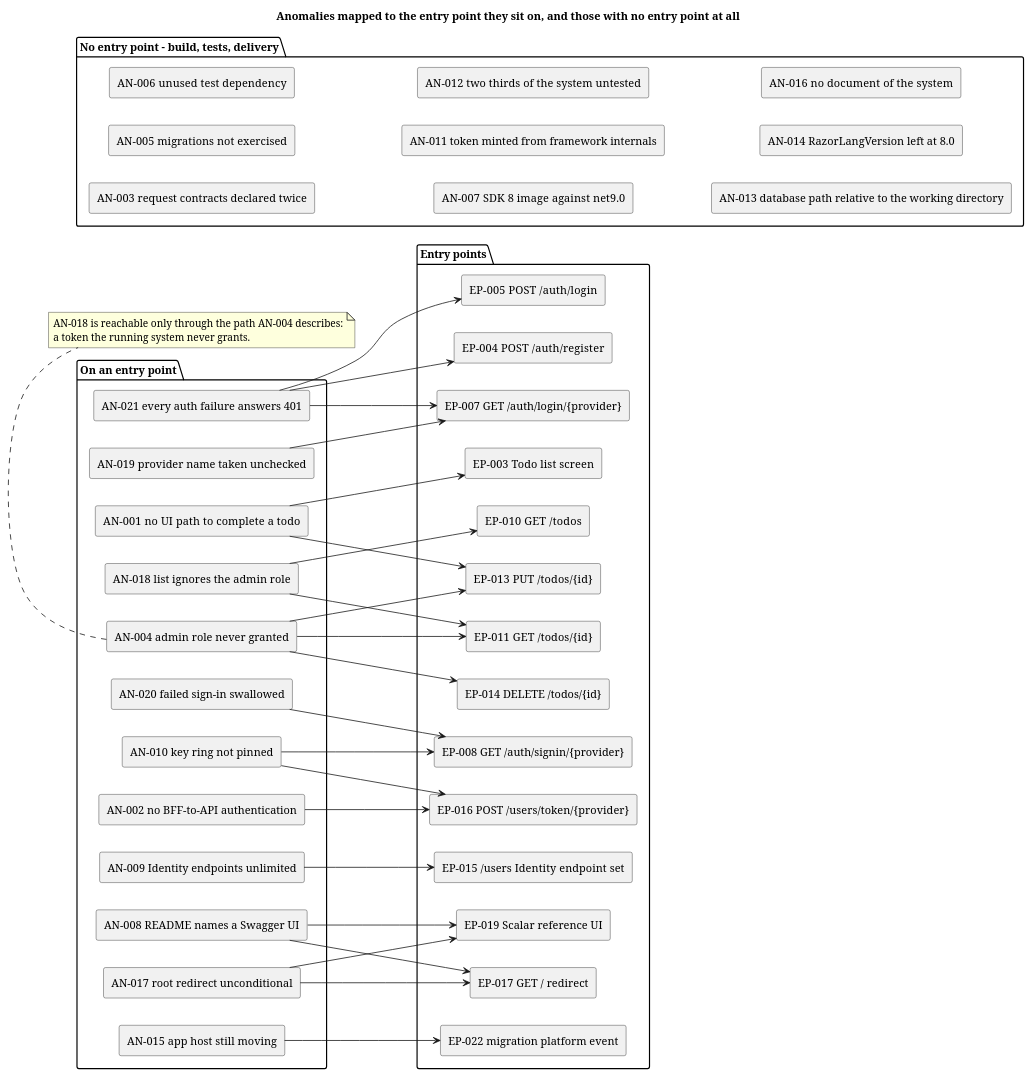
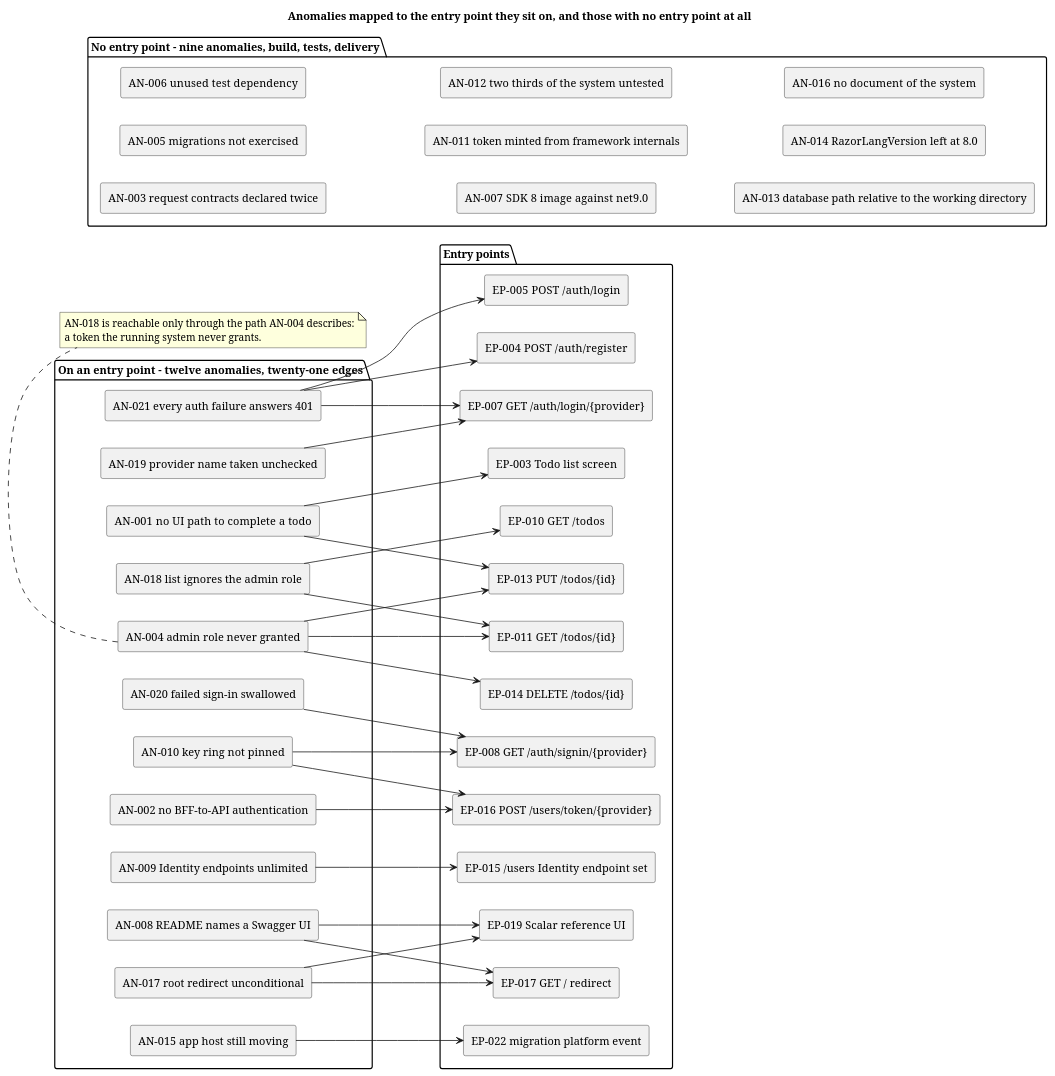
One commit to banense-test/TodoApp changed the second of 2 diagrams in docs/artifacts/discovery/system-inventory.md. Above: the diagram before and after it, drawn with PlantUML. The commit also changed other lines of this file, not shown here.

Commit message:
Software Archaeologist [Survey1]: upsert System Inventory
[skip ci]

````diff
--- a/docs/artifacts/discovery/system-inventory.md
+++ b/docs/artifacts/discovery/system-inventory.md
@@ -247,81 +247,81 @@
 ```plantuml
 @startuml
 title Anomalies mapped to the entry point they sit on, and those with no entry point at all
 
 skinparam componentStyle rectangle
 skinparam shadowing false
 left to right direction
 
 package "Entry points" {
   component "EP-003  Todo list screen" as E3
   component "EP-004  POST /auth/register" as E4
   component "EP-005  POST /auth/login" as E5
   component "EP-007  GET /auth/login/{provider}" as E7
   component "EP-008  GET /auth/signin/{provider}" as E8
   component "EP-010  GET /todos" as E10
   component "EP-011  GET /todos/{id}" as E11
   component "EP-013  PUT /todos/{id}" as E13
   component "EP-014  DELETE /todos/{id}" as E14
   component "EP-015  /users Identity endpoint set" as E15
   component "EP-016  POST /users/token/{provider}" as E16
   component "EP-017  GET / redirect" as E17
   component "EP-019  Scalar reference UI" as E19
   component "EP-022  migration platform event" as E22
 }
 
-package "On an entry point" {
+package "On an entry point - twelve anomalies, twenty-one edges" {
   component "AN-001  no UI path to complete a todo" as A1
   component "AN-002  no BFF-to-API authentication" as A2
   component "AN-004  admin role never granted" as A4
   component "AN-008  README names a Swagger UI" as A8
   component "AN-009  Identity endpoints unlimited" as A9
   component "AN-010  key ring not pinned" as A10
   component "AN-015  app host still moving" as A15
   component "AN-017  root redirect unconditional" as A17
   component "AN-018  list ignores the admin role" as A18
   component "AN-019  provider name taken unchecked" as A19
   component "AN-020  failed sign-in swallowed" as A20
   component "AN-021  every auth failure answers 401" as A21
 }
 
-package "No entry point - build, tests, delivery" {
+package "No entry point - nine anomalies, build, tests, delivery" {
   component "AN-003  request contracts declared twice" as A3
   component "AN-005  migrations not exercised" as A5
   component "AN-006  unused test dependency" as A6
   component "AN-007  SDK 8 image against net9.0" as A7
   component "AN-011  token minted from framework internals" as A11
   component "AN-012  two thirds of the system untested" as A12
   component "AN-013  database path relative to the working directory" as A13
   component "AN-014  RazorLangVersion left at 8.0" as A14
   component "AN-016  no document of the system" as A16
 }
 
 A1 --> E3
 A1 --> E13
 A2 --> E16
 A4 --> E11
 A4 --> E13
 A4 --> E14
 A8 --> E17
 A8 --> E19
 A9 --> E15
 A10 --> E8
 A10 --> E16
 A15 --> E22
 A17 --> E17
 A17 --> E19
 A18 --> E10
 A18 --> E11
 A19 --> E7
 A20 --> E8
 A21 --> E4
 A21 --> E5
 A21 --> E7
 
 note bottom of A4
   AN-018 is reachable only through the path AN-004 describes:
   a token the running system never grants.
 end note
 
 @enduml
 ```
````
